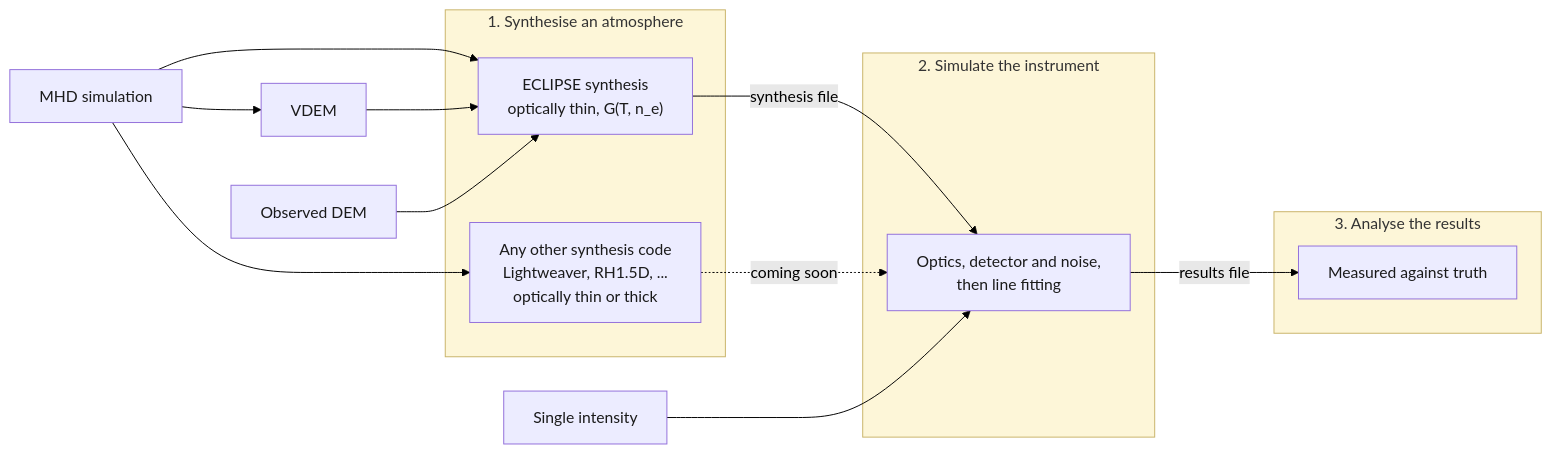
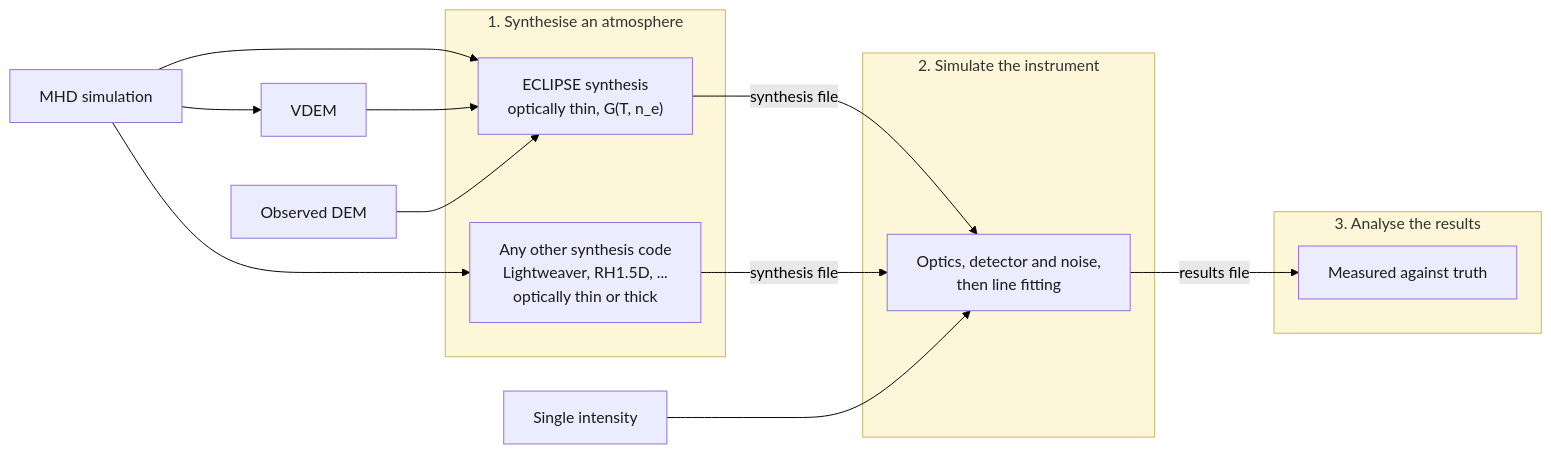
The diagram in docs/index.md (jamesmckevitt/eclipse), drawn with Mermaid (forest theme) before and after one commit. The commit also changed other lines of this file and 27 other files, not shown here.

````diff
--- a/docs/index.md
+++ b/docs/index.md
@@ -18,37 +18,37 @@
 ```mermaid
 flowchart LR
     MHD["MHD simulation"]
     DEM["Observed DEM"]
     UNI["Single intensity"]
 
     MHD --> VDEM["VDEM"]
 
     subgraph SYN["1. Synthesise an atmosphere"]
         ECL["ECLIPSE synthesis<br>optically thin, G(T, n_e)"]
         EXT["Any other synthesis code<br>Lightweaver, RH1.5D, ...<br>optically thin or thick"]
     end
 
     subgraph SIM["2. Simulate the instrument"]
         INS["Optics, detector and noise,<br>then line fitting"]
     end
 
     subgraph ANL["3. Analyse the results"]
         ANA["Measured against truth"]
     end
 
     MHD --> ECL
     MHD --> EXT
     VDEM --> ECL
     DEM --> ECL
 
     ECL -- "synthesis file" --> INS
-    EXT -. "coming soon" .-> INS
+    EXT -- "synthesis file" --> INS
     UNI --> INS
     INS -- "results file" --> ANA
 
     classDef node fill:#ECECFF,fill-opacity:1,stroke:#9370DB,stroke-opacity:1,color:#1a1a1a;
     class MHD,DEM,UNI,VDEM,ECL,EXT,INS,ANA node
     style SYN fill:#fdf6d8,fill-opacity:1,stroke:#c9b46a
     style SIM fill:#fdf6d8,fill-opacity:1,stroke:#c9b46a
     style ANL fill:#fdf6d8,fill-opacity:1,stroke:#c9b46a
 ```
````
